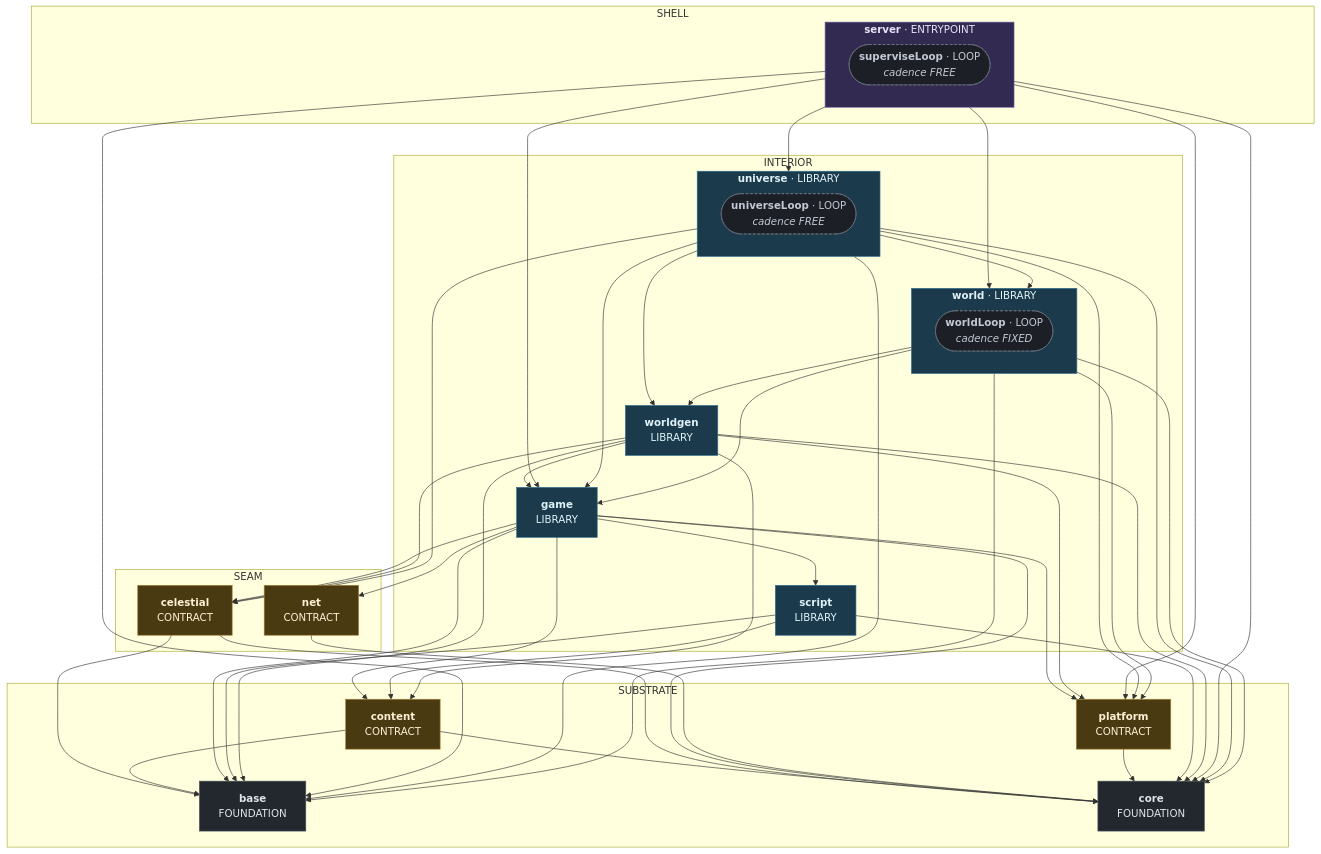
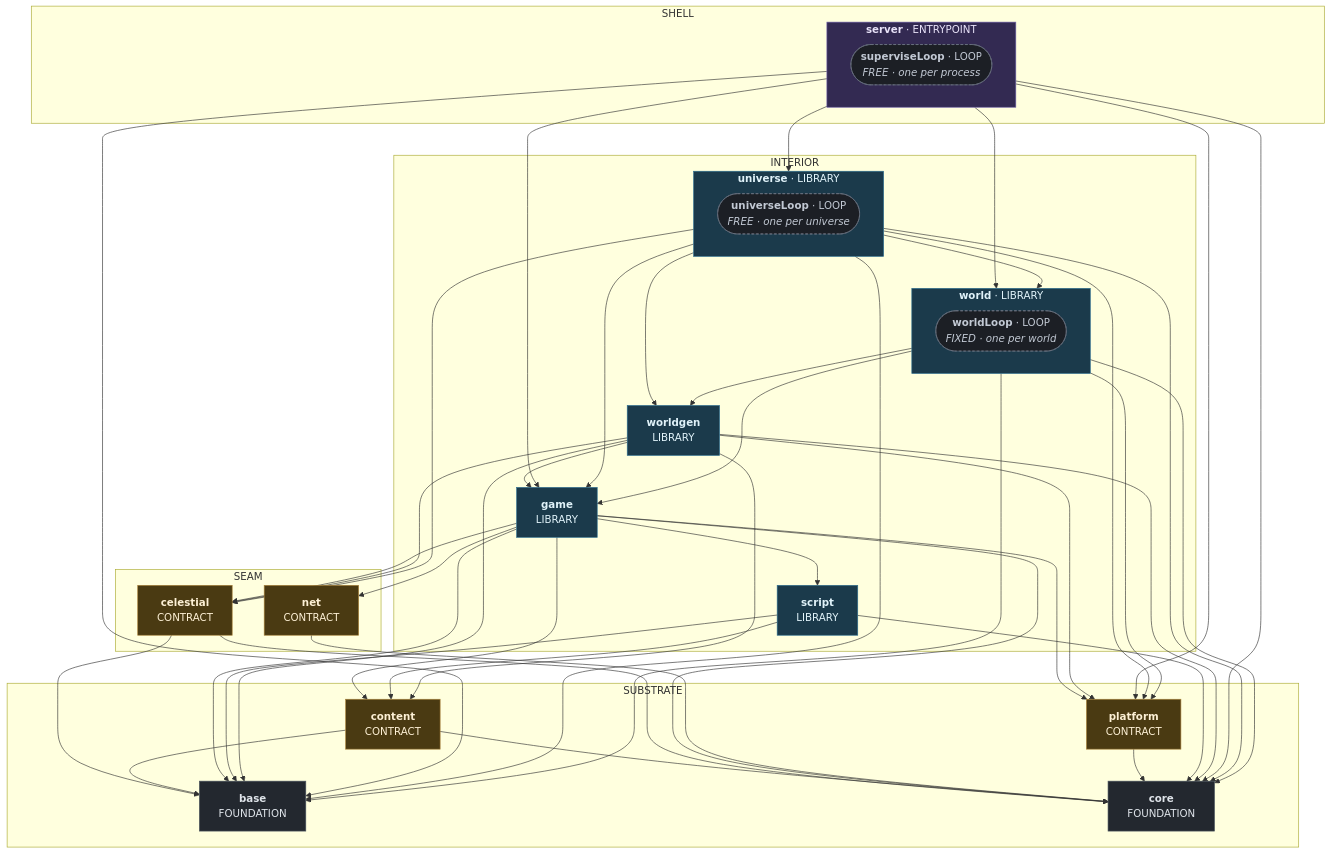
The ninth of 10 diagrams in docs/superpowers/specs/2026-08-01-sovereign-headless-client-design.md (apnex/OpenStarbound), drawn with Mermaid before and after one commit. The commit also changed other lines of this file and 2 other files, not shown here.

````diff
--- a/docs/superpowers/specs/2026-08-01-sovereign-headless-client-design.md
+++ b/docs/superpowers/specs/2026-08-01-sovereign-headless-client-design.md
@@ -2291,81 +2291,81 @@
 ```mermaid
 %% composition: server
 flowchart TD
   subgraph Z_SUBSTRATE ["SUBSTRATE"]
     base["<b>base</b><br/>FOUNDATION"]
     content["<b>content</b><br/>CONTRACT"]
     core["<b>core</b><br/>FOUNDATION"]
     platform["<b>platform</b><br/>CONTRACT"]
   end
   subgraph Z_SEAM ["SEAM"]
     celestial["<b>celestial</b><br/>CONTRACT"]
     net["<b>net</b><br/>CONTRACT"]
   end
   subgraph Z_INTERIOR ["INTERIOR"]
     game["<b>game</b><br/>LIBRARY"]
     script["<b>script</b><br/>LIBRARY"]
     subgraph universe ["<b>universe</b> · LIBRARY"]
-      universe_universeLoop(["<b>universeLoop</b> · LOOP<br/><i>cadence FREE</i>"])
+      universe_universeLoop(["<b>universeLoop</b> · LOOP<br/><i>FREE · one per universe</i>"])
     end
     subgraph world ["<b>world</b> · LIBRARY"]
-      world_worldLoop(["<b>worldLoop</b> · LOOP<br/><i>cadence FIXED</i>"])
+      world_worldLoop(["<b>worldLoop</b> · LOOP<br/><i>FIXED · one per world</i>"])
     end
     worldgen["<b>worldgen</b><br/>LIBRARY"]
   end
   subgraph Z_SHELL ["SHELL"]
     subgraph server ["<b>server</b> · ENTRYPOINT"]
-      server_superviseLoop(["<b>superviseLoop</b> · LOOP<br/><i>cadence FREE</i>"])
+      server_superviseLoop(["<b>superviseLoop</b> · LOOP<br/><i>FREE · one per process</i>"])
     end
   end
   celestial --> base
   celestial --> core
   content --> base
   content --> core
   game --> base
   game --> celestial
   game --> content
   game --> core
   game --> net
   game --> platform
   game --> script
   net --> core
   platform --> core
   script --> base
   script --> content
   script --> core
   server --> base
   server --> core
   server --> game
   server --> platform
   server --> universe
   server --> world
   universe --> base
   universe --> celestial
   universe --> core
   universe --> game
   universe --> platform
   universe --> world
   universe --> worldgen
   world --> base
   world --> core
   world --> game
   world --> platform
   world --> worldgen
   worldgen --> base
   worldgen --> celestial
   worldgen --> content
   worldgen --> core
   worldgen --> game
   worldgen --> platform
   classDef kFoundation fill:#23282f,stroke:#4a545e,color:#dfe4ea
   classDef kContract fill:#4a3a12,stroke:#a8813a,color:#fdf0d5
   classDef kBackend fill:#5c2020,stroke:#aa3333,color:#ffe5e5
   classDef kLibrary fill:#1b3a4b,stroke:#2c6e8f,color:#e0f2f9
   classDef kEntrypoint fill:#332a52,stroke:#6d5fa8,color:#e8e2f8
   classDef kElement fill:#1c1f25,stroke:#6b7482,color:#c2c9d4,stroke-dasharray:4 3
   class base,core kFoundation
   class celestial,content,net,platform kContract
   class game,script,universe,world,worldgen kLibrary
   class server kEntrypoint
   class server_superviseLoop,universe_universeLoop,world_worldLoop kElement
 ```
````
